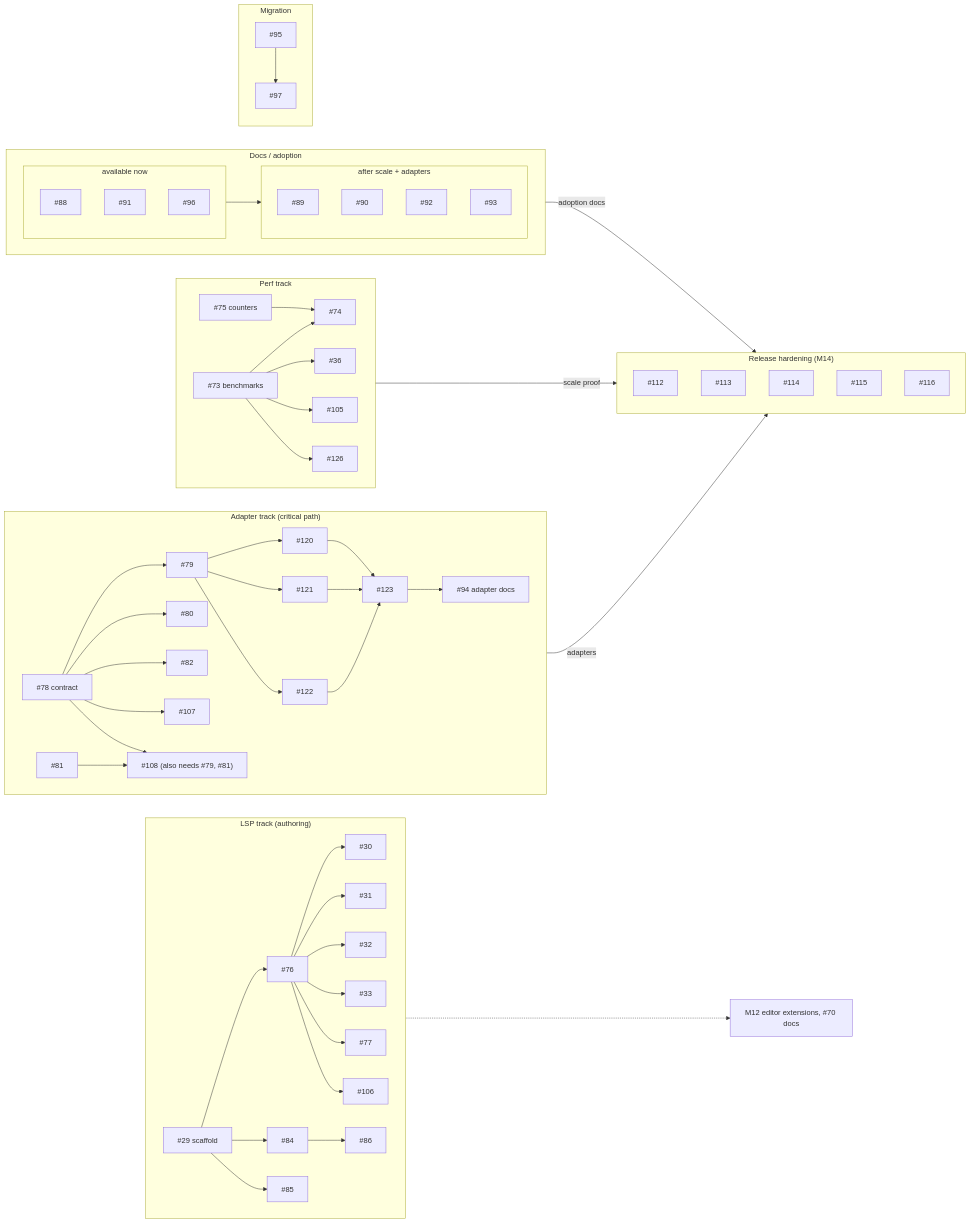
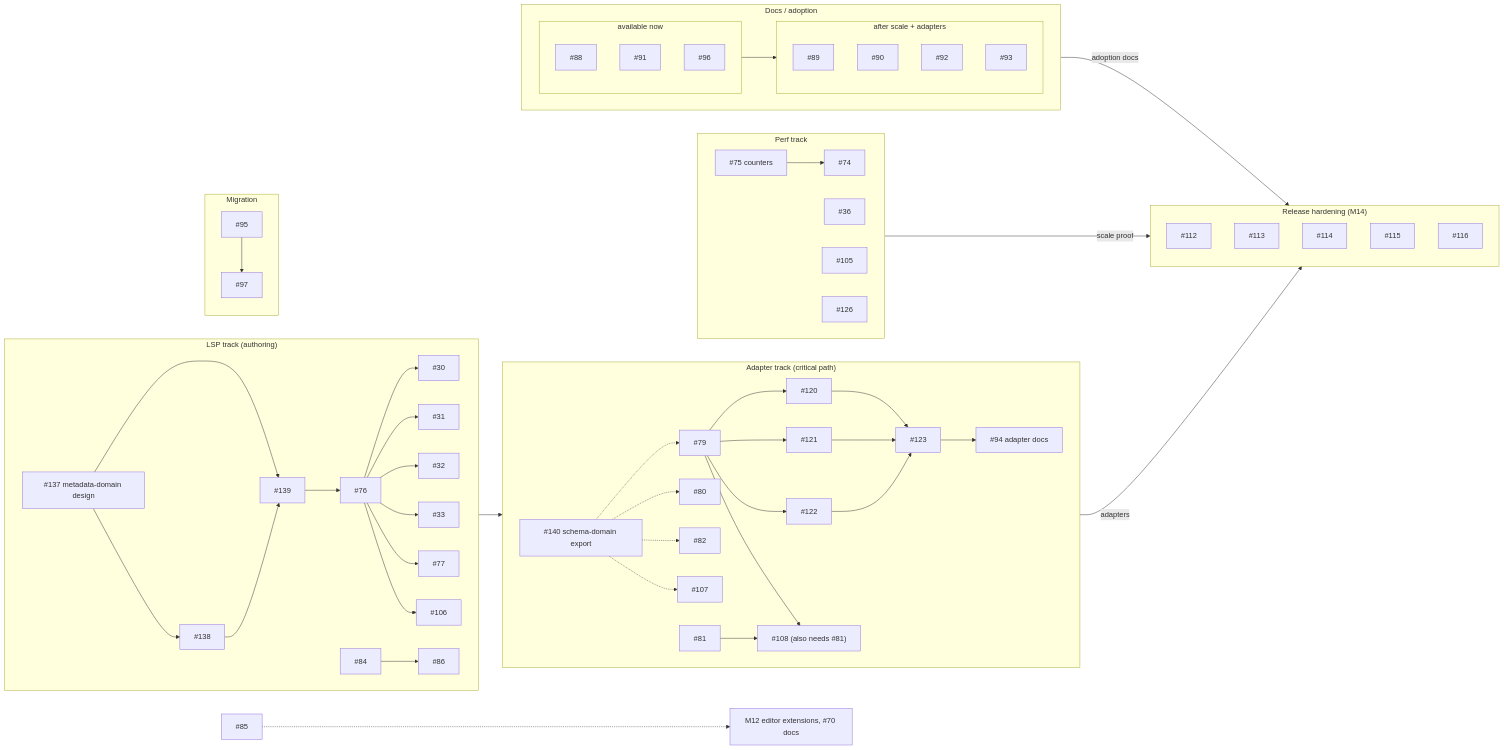
The diagram in docs/roadmap.md (plethu/recite), drawn with Mermaid before and after one commit. The commit also changed other lines of this file, not shown here.

Commit message:
chore: update roadmap for metadata domain work

````diff
--- a/docs/roadmap.md
+++ b/docs/roadmap.md
@@ -48,75 +46,77 @@
 ```mermaid
 flowchart LR
   subgraph LSP["LSP track (authoring)"]
     direction LR
-    i29["#29 scaffold"] --> i76["#76"]
-    i29 --> i84["#84"]
-    i29 --> i85["#85"]
+    i137["#137 metadata-domain design"] --> i138["#138"]
+    i137 --> i139["#139"]
+    i138 --> i139
+    i139 --> i76["#76"]
     i76 --> i30["#30"]
     i76 --> i31["#31"]
     i76 --> i32["#32"]
     i76 --> i33["#33"]
     i76 --> i77["#77"]
     i76 --> i106["#106"]
-    i84 --> i86["#86"]
+    i84["#84"] --> i86["#86"]
   end
 
   subgraph ADP["Adapter track (critical path)"]
     direction LR
-    i78["#78 contract"] --> i79["#79"]
-    i78 --> i80["#80"]
-    i78 --> i82["#82"]
-    i78 --> i107["#107"]
+    i140["#140 schema-domain export"] -.-> i79["#79"]
+    i140 -.-> i80["#80"]
+    i140 -.-> i82["#82"]
+    i140 -.-> i107["#107"]
     i79 --> i120["#120"]
     i79 --> i121["#121"]
     i79 --> i122["#122"]
     i120 --> i123["#123"]
     i121 --> i123
     i122 --> i123
     i123 --> i94["#94 adapter docs"]
-    i78 --> i108["#108 (also needs #79, #81)"]
+    i79 --> i108["#108 (also needs #81)"]
     i81["#81"] --> i108
   end
 
   subgraph PERF["Perf track"]
     direction LR
-    i73["#73 benchmarks"] --> i74["#74"]
-    i73 --> i36["#36"]
-    i73 --> i105["#105"]
-    i73 --> i126["#126"]
+    i74["#74"]
+    i36["#36"]
+    i105["#105"]
+    i126["#126"]
     i75["#75 counters"] --> i74
   end
 
   subgraph DOCS["Docs / adoption"]
     direction LR
     subgraph DNOW["available now"]
       i88["#88"]
       i91["#91"]
       i96["#96"]
     end
     subgraph DLATER["after scale + adapters"]
       i89["#89"]
       i90["#90"]
       i92["#92"]
       i93["#93"]
     end
     DNOW --> DLATER
   end
 
   subgraph MIG["Migration"]
     i95["#95"] --> i97["#97"]
   end
 
   subgraph REL["Release hardening (M14)"]
     i112["#112"]
     i113["#113"]
     i114["#114"]
     i115["#115"]
     i116["#116"]
   end
 
-  i85 -.-> editor["M12 editor extensions, #70 docs"]
+  i137 --> i140
+  i85["#85"] -.-> editor["M12 editor extensions, #70 docs"]
   i94 -- adapters --> REL
   i74 -- scale proof --> REL
   DLATER -- adoption docs --> REL
 ```
````
